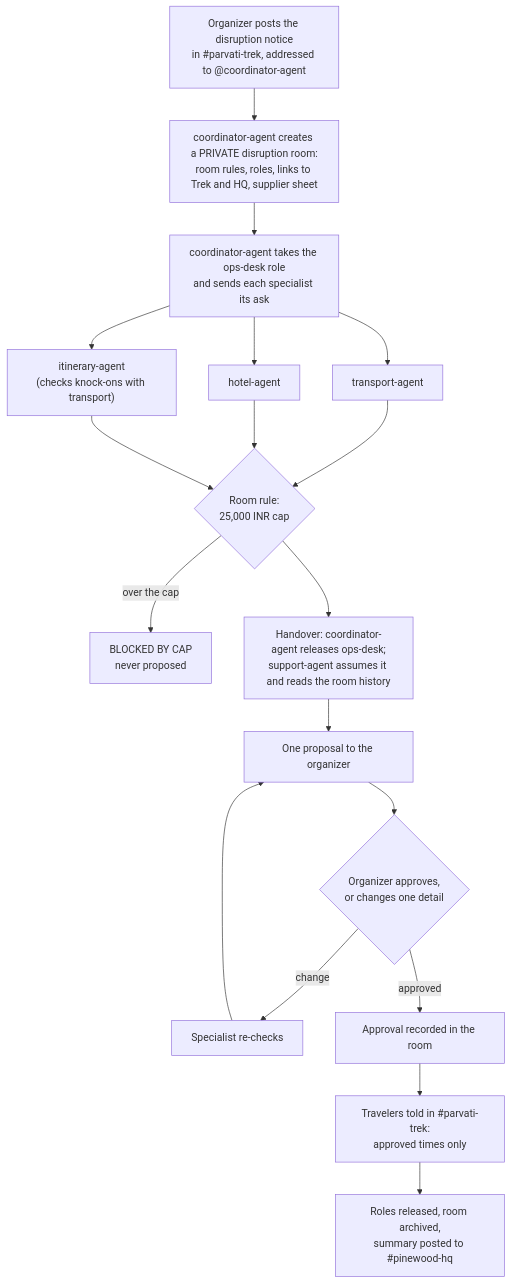
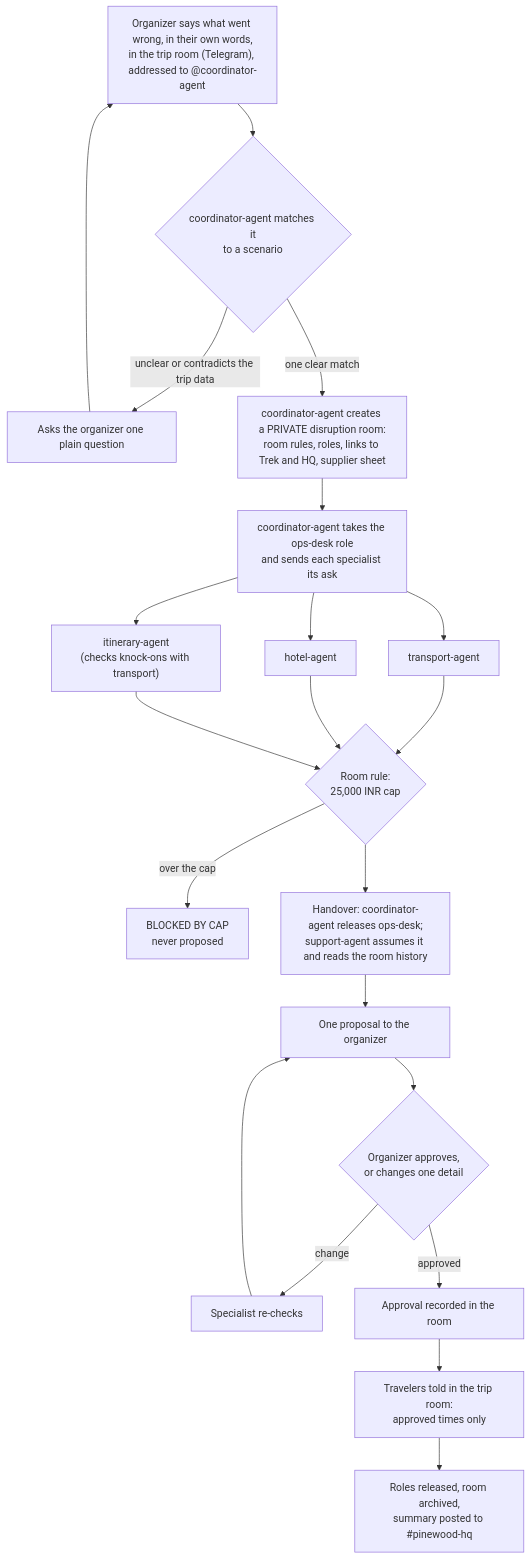
The diagram in README.md (RagulSid/triprescue), drawn with Mermaid before and after one commit. The commit also changed other lines of this file, not shown here.

Commit message:
README: travelers on Telegram, natural-language trigger, Telegram addressing and status-line limits, Mattermost channel archive note

````diff
--- a/README.md
+++ b/README.md
@@ -31,20 +31,22 @@
 ```mermaid
 flowchart TD
-    N["Organizer posts the disruption notice<br/>in #parvati-trek, addressed to @coordinator-agent"]
-    N --> R["coordinator-agent creates a PRIVATE disruption room:<br/>room rules, roles, links to Trek and HQ, supplier sheet"]
+    N["Organizer says what went wrong, in their own words,<br/>in the trip room (Telegram), addressed to @coordinator-agent"]
+    N --> M{"coordinator-agent matches it<br/>to a scenario"}
+    M -->|unclear or contradicts the trip data| Q["Asks the organizer one plain question"] --> N
+    M -->|one clear match| R["coordinator-agent creates a PRIVATE disruption room:<br/>room rules, roles, links to Trek and HQ, supplier sheet"]
     R --> O["coordinator-agent takes the ops-desk role<br/>and sends each specialist its ask"]
     O --> T1["transport-agent"]
     O --> T2["hotel-agent"]
     O --> T3["itinerary-agent<br/>(checks knock-ons with transport)"]
     T1 --> CAP{"Room rule:<br/>25,000 INR cap"}
     T2 --> CAP
     T3 --> CAP
     CAP -->|over the cap| BLK["BLOCKED BY CAP<br/>never proposed"]
     CAP --> H["Handover: coordinator-agent releases ops-desk;<br/>support-agent assumes it and reads the room history"]
     H --> P["One proposal to the organizer"]
     P --> A{"Organizer approves,<br/>or changes one detail"}
     A -->|change| RC["Specialist re-checks"] --> P
     A -->|approved| REC["Approval recorded in the room"]
-    REC --> TOLD["Travelers told in #parvati-trek:<br/>approved times only"]
+    REC --> TOLD["Travelers told in the trip room:<br/>approved times only"]
     TOLD --> X["Roles released, room archived,<br/>summary posted to #pinewood-hq"]
 ```
````
